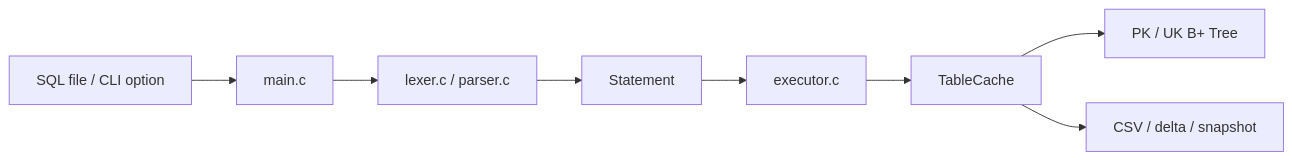
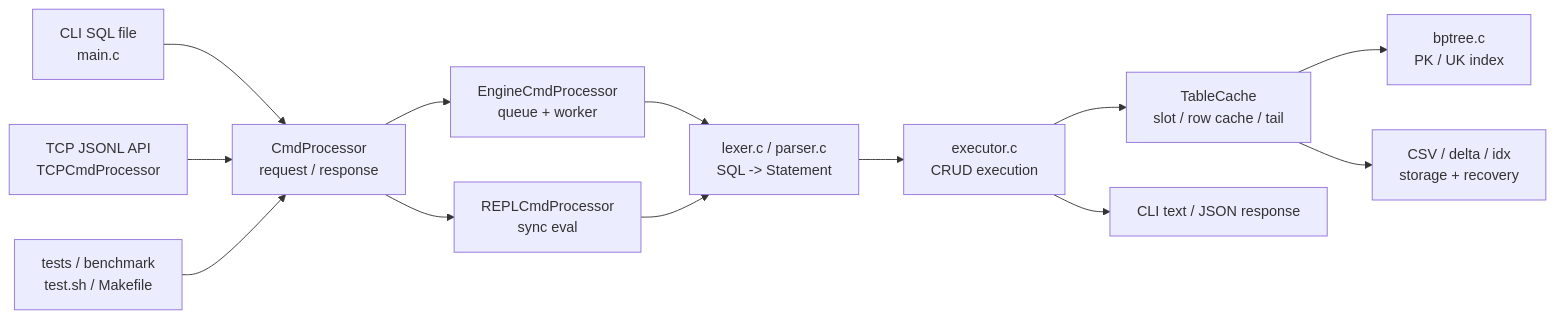
Before and after one commit to Wish-Upon-A-Star/SQL-B-Tree: the diagram in README.md, drawn with Mermaid. The commit also changed other lines of this file, not shown here.

Commit message:
docs: rewrite README for presentation flow

````diff
--- a/README.md
+++ b/README.md
@@ -71,10 +37,15 @@
 ```mermaid
 flowchart LR
-    A["SQL file / CLI option"] --> B["main.c"]
-    B --> C["lexer.c / parser.c"]
-    C --> D["Statement"]
-    D --> E["executor.c"]
-    E --> F["TableCache"]
-    F --> G["PK / UK B+ Tree"]
-    F --> H["CSV / delta / snapshot"]
+    A["CLI SQL file<br/>main.c"] --> D["CmdProcessor<br/>request / response"]
+    B["TCP JSONL API<br/>TCPCmdProcessor"] --> D
+    C["tests / benchmark<br/>test.sh / Makefile"] --> D
+    D --> E["EngineCmdProcessor<br/>queue + worker"]
+    D --> F["REPLCmdProcessor<br/>sync eval"]
+    E --> G["lexer.c / parser.c<br/>SQL -> Statement"]
+    F --> G
+    G --> H["executor.c<br/>CRUD execution"]
+    H --> I["TableCache<br/>slot / row cache / tail"]
+    I --> J["bptree.c<br/>PK / UK index"]
+    I --> K["CSV / delta / idx<br/>storage + recovery"]
+    H --> L["CLI text / JSON response"]
 ```
````
